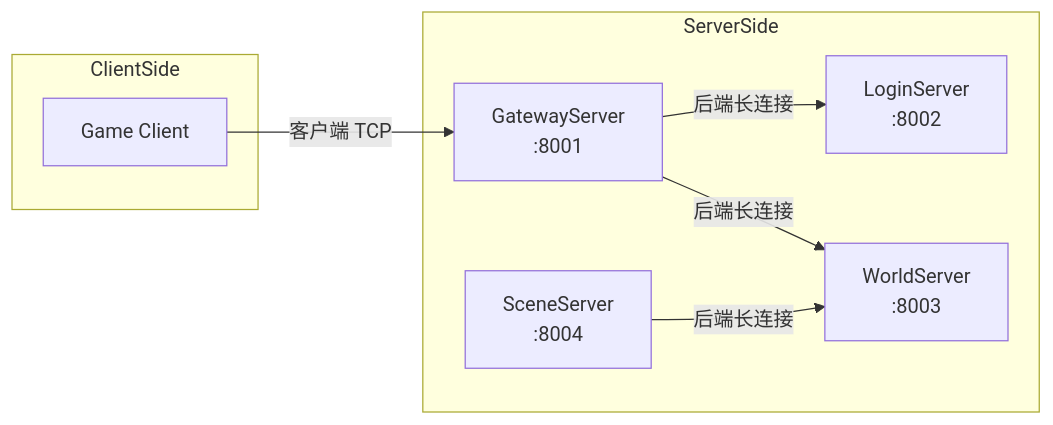
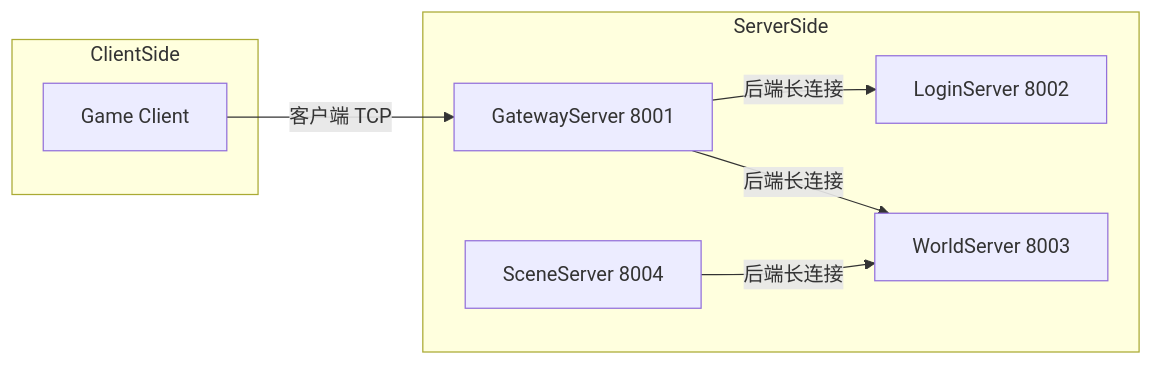
Before and after one commit to lz1287209575/Mession: the fifth of 7 diagrams in README.md, drawn with Mermaid. The commit also changed other lines of this file, not shown here.

First line of the commit message:
Fix Mermaid compatibility in README diagrams.

````diff
--- a/README.md
+++ b/README.md
@@ -166,18 +166,18 @@
 ```mermaid
 flowchart LR
     subgraph ClientSide
         C[Game Client]
     end
 
     subgraph ServerSide
-        G[GatewayServer\n:8001]
-        L[LoginServer\n:8002]
-        W[WorldServer\n:8003]
-        S[SceneServer\n:8004]
+        G[GatewayServer 8001]
+        L[LoginServer 8002]
+        W[WorldServer 8003]
+        S[SceneServer 8004]
     end
 
     C -->|客户端 TCP| G
     G -->|后端长连接| L
     G -->|后端长连接| W
     S -->|后端长连接| W
 ```
````
